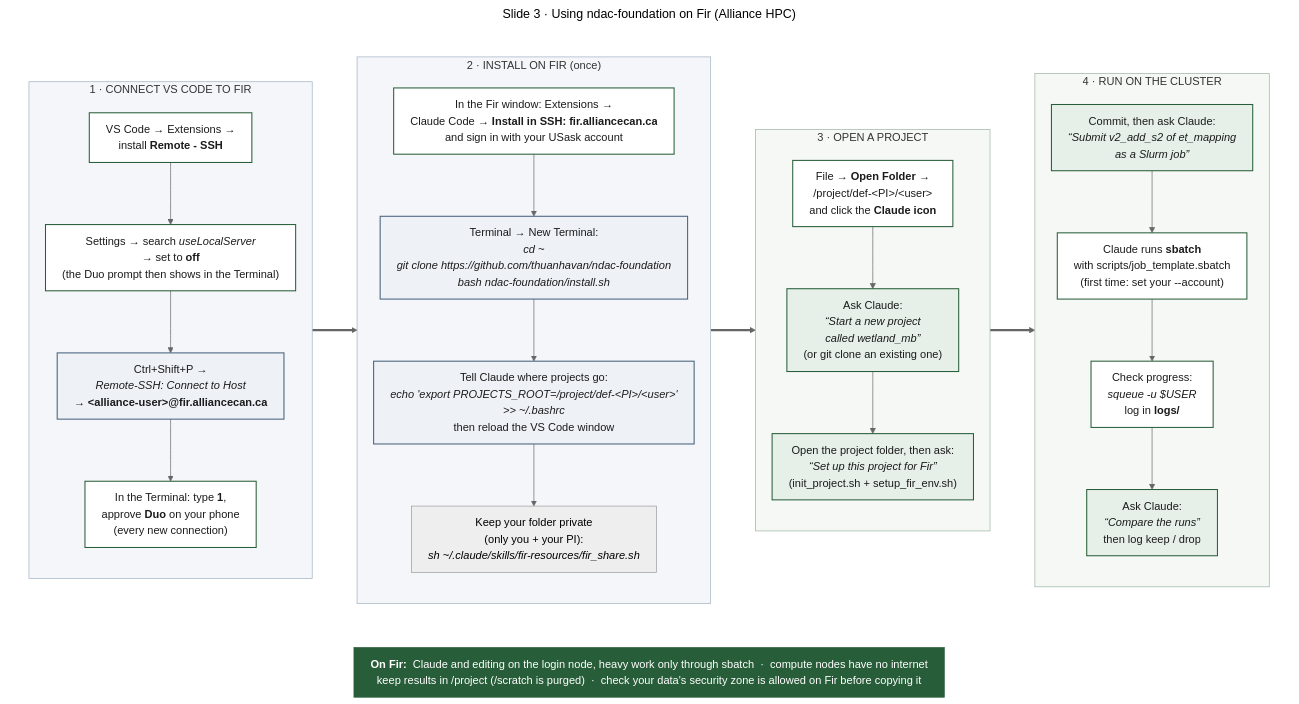
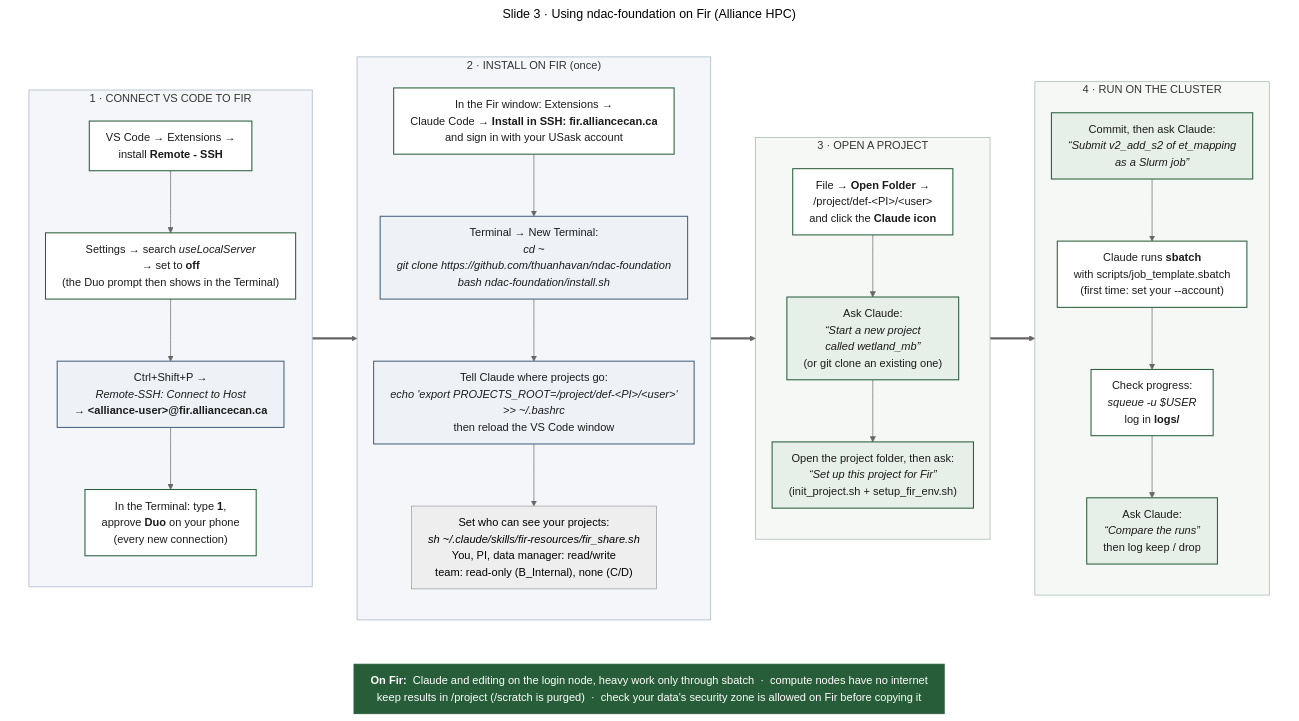
One commit to acreagelab/ndac-foundation changed the diagram in docs/training/slide3_fir.mmd. Above: the diagram before and after it, drawn with Mermaid (neutral theme). The commit also changed 9 other files, not shown here.

First line of the commit message:
v0.5.0: Fir access follows each project's security zone

```diff
--- a/docs/training/slide3_fir.mmd
+++ b/docs/training/slide3_fir.mmd
@@ -1,49 +1,49 @@
 ---
 title: "Slide 3 · Using ndac-foundation on Fir (Alliance HPC)"
 config:
   flowchart:
     wrappingWidth: 900
     nodeSpacing: 28
     rankSpacing: 40
     padding: 12
 ---
 %% Training slide 3. Edit, then re-render (see docs/training/README.md).
 %% Never write "\n..." in Windows paths: Mermaid renders it as a line break, even escaped.
 flowchart TB
   subgraph ROW[" "]
   direction LR
   subgraph S1["1 · CONNECT VS CODE TO FIR"]
     direction TB
     A1["VS Code → Extensions →<br/>install <b>Remote - SSH</b>"] --> A2["Settings → search <i>useLocalServer</i><br/>→ set to <b>off</b><br/>(the Duo prompt then shows in the Terminal)"] --> A3["Ctrl+Shift+P →<br/><i>Remote-SSH: Connect to Host</i><br/>→ <b>&lt;alliance-user&gt;@fir.alliancecan.ca</b>"] --> A4["In the Terminal: type <b>1</b>,<br/>approve <b>Duo</b> on your phone<br/>(every new connection)"]
   end
   subgraph S2["2 · INSTALL ON FIR (once)"]
     direction TB
-    B1["In the Fir window: Extensions →<br/>Claude Code → <b>Install in SSH: fir.alliancecan.ca</b><br/>and sign in with your USask account"] --> B2["Terminal → New Terminal:<br/><i>cd ~</i><br/><i>git clone https://github.com/thuanhavan/ndac-foundation</i><br/><i>bash ndac-foundation/install.sh</i>"] --> B3["Tell Claude where projects go:<br/><i>echo 'export PROJECTS_ROOT=/project/def-&lt;PI&gt;/&lt;user&gt;'</i><br/><i>>> ~/.bashrc</i><br/>then reload the VS Code window"] --> B4["Keep your folder private<br/>(only you + your PI):<br/><i>sh ~/.claude/skills/fir-resources/fir_share.sh</i>"]
+    B1["In the Fir window: Extensions →<br/>Claude Code → <b>Install in SSH: fir.alliancecan.ca</b><br/>and sign in with your USask account"] --> B2["Terminal → New Terminal:<br/><i>cd ~</i><br/><i>git clone https://github.com/thuanhavan/ndac-foundation</i><br/><i>bash ndac-foundation/install.sh</i>"] --> B3["Tell Claude where projects go:<br/><i>echo 'export PROJECTS_ROOT=/project/def-&lt;PI&gt;/&lt;user&gt;'</i><br/><i>>> ~/.bashrc</i><br/>then reload the VS Code window"] --> B4["Set who can see your projects:<br/><i>sh ~/.claude/skills/fir-resources/fir_share.sh</i><br/>You, PI, data manager: read/write<br/>team: read-only (B_Internal), none (C/D)"]
   end
   subgraph S3["3 · OPEN A PROJECT"]
     direction TB
     C1["File → <b>Open Folder</b> →<br/>/project/def-&lt;PI&gt;/&lt;user&gt;<br/>and click the <b>Claude icon</b>"] --> C2["Ask Claude:<br/><i>“Start a new project<br/>called wetland_mb”</i><br/>(or git clone an existing one)"] --> C3["Open the project folder, then ask:<br/><i>“Set up this project for Fir”</i><br/>(init_project.sh + setup_fir_env.sh)"]
   end
   subgraph S4["4 · RUN ON THE CLUSTER"]
     direction TB
     D1["Commit, then ask Claude:<br/><i>“Submit v2_add_s2 of et_mapping<br/>as a Slurm job”</i>"] --> D2["Claude runs <b>sbatch</b><br/>with scripts/job_template.sbatch<br/>(first time: set your --account)"] --> D3["Check progress:<br/><i>squeue -u $USER</i><br/>log in <b>logs/</b>"] --> D4["Ask Claude:<br/><i>“Compare the runs”</i><br/>then log keep / drop"]
   end
   S1 ==> S2 ==> S3 ==> S4
   end
 
   RULES["<b>On Fir:</b>&nbsp; Claude and editing on the login node, heavy work only through sbatch &nbsp;·&nbsp; compute nodes have no internet<br/>keep results in /project (/scratch is purged) &nbsp;·&nbsp; check your data's security zone is allowed on Fir before copying it"]
   ROW ~~~ RULES
 
   classDef step fill:#ffffff,stroke:#275D38,stroke-width:1.5px,color:#1b1b1b;
   classDef ask fill:#e6f0e8,stroke:#275D38,stroke-width:1.5px,color:#1b1b1b;
   classDef cmd fill:#eef2f7,stroke:#46607a,stroke-width:1.5px,color:#1b1b1b;
   classDef banner fill:#275D38,stroke:#275D38,color:#ffffff;
   class A1,A2,A4,B1,C1,D2,D3 step;
   class C2,C3,D1,D4 ask;
   class A3,B2,B3 cmd;
   class RULES banner;
   style S1 fill:#f4f6f9,stroke:#9fb0c2
   style S2 fill:#f4f6f9,stroke:#9fb0c2
   style S3 fill:#f6f8f6,stroke:#9bb5a3
   style S4 fill:#f6f8f6,stroke:#9bb5a3
   style ROW fill:#ffffff,stroke:#ffffff,stroke-width:0px
```
